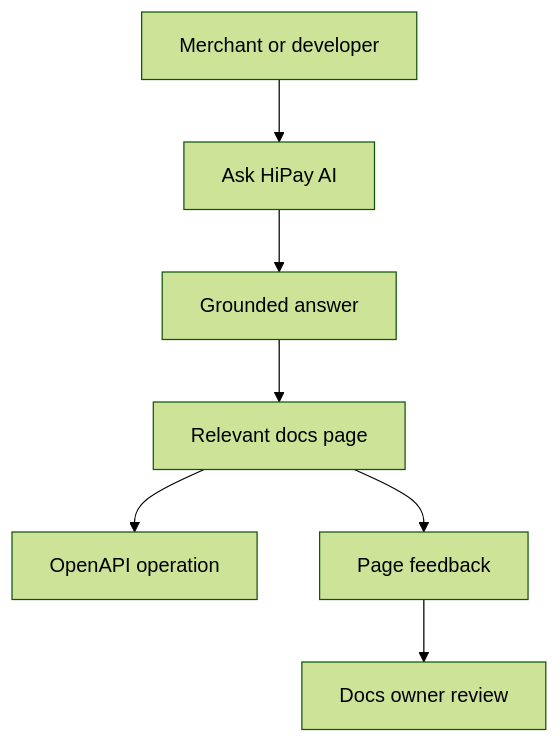
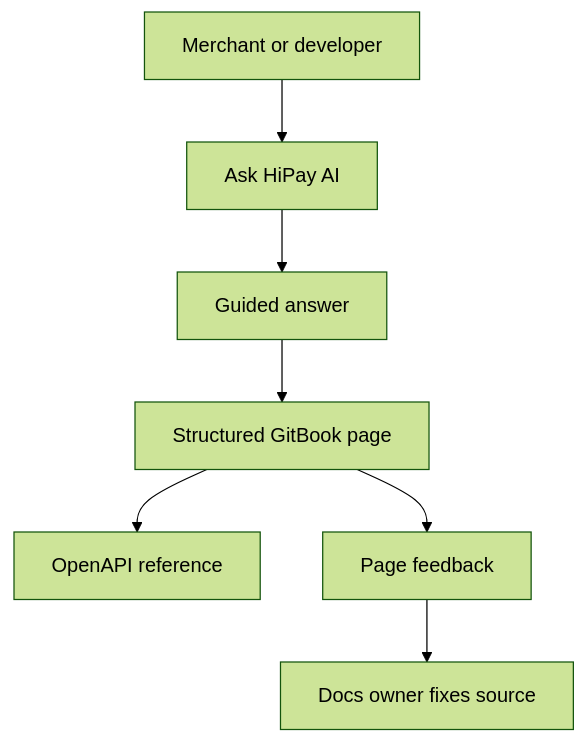
One commit to gitbook-demo-sites/hipay-demo-site-20260722 changed the diagram in home/README.md. Above: the diagram before and after it, drawn with Mermaid (forest theme). The commit also changed other lines of this file and 158 other files, not shown here.

````diff
--- a/home/README.md
+++ b/home/README.md
@@ -37,9 +43,9 @@
 ```mermaid
 flowchart TD
-    Visitor[Merchant or developer] --> AI[Ask HiPay AI]
-    AI --> Answer[Grounded answer]
-    Answer --> Docs[Relevant docs page]
-    Docs --> API[OpenAPI operation]
-    Docs --> Feedback[Page feedback]
-    Feedback --> Editor[Docs owner review]
+    Merchant[Merchant or developer] --> Search[Ask HiPay AI]
+    Search --> Guided[Guided answer]
+    Guided --> Page[Structured GitBook page]
+    Page --> API[OpenAPI reference]
+    Page --> Feedback[Page feedback]
+    Feedback --> Owner[Docs owner fixes source]
 ```
````
